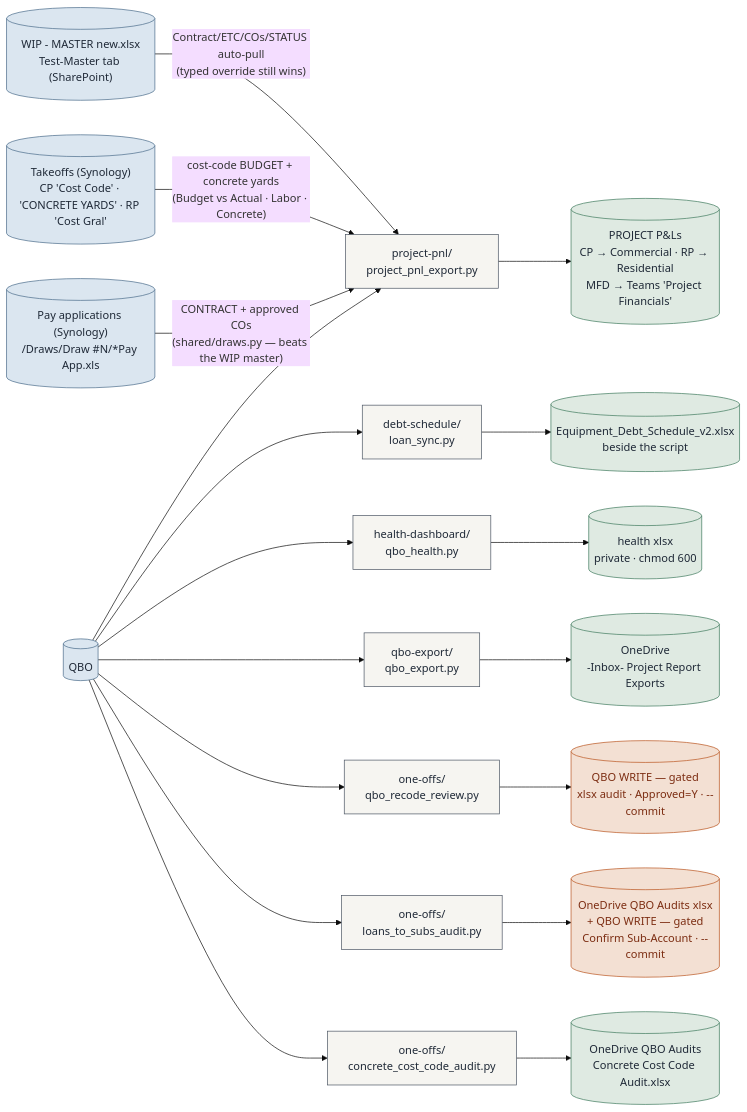
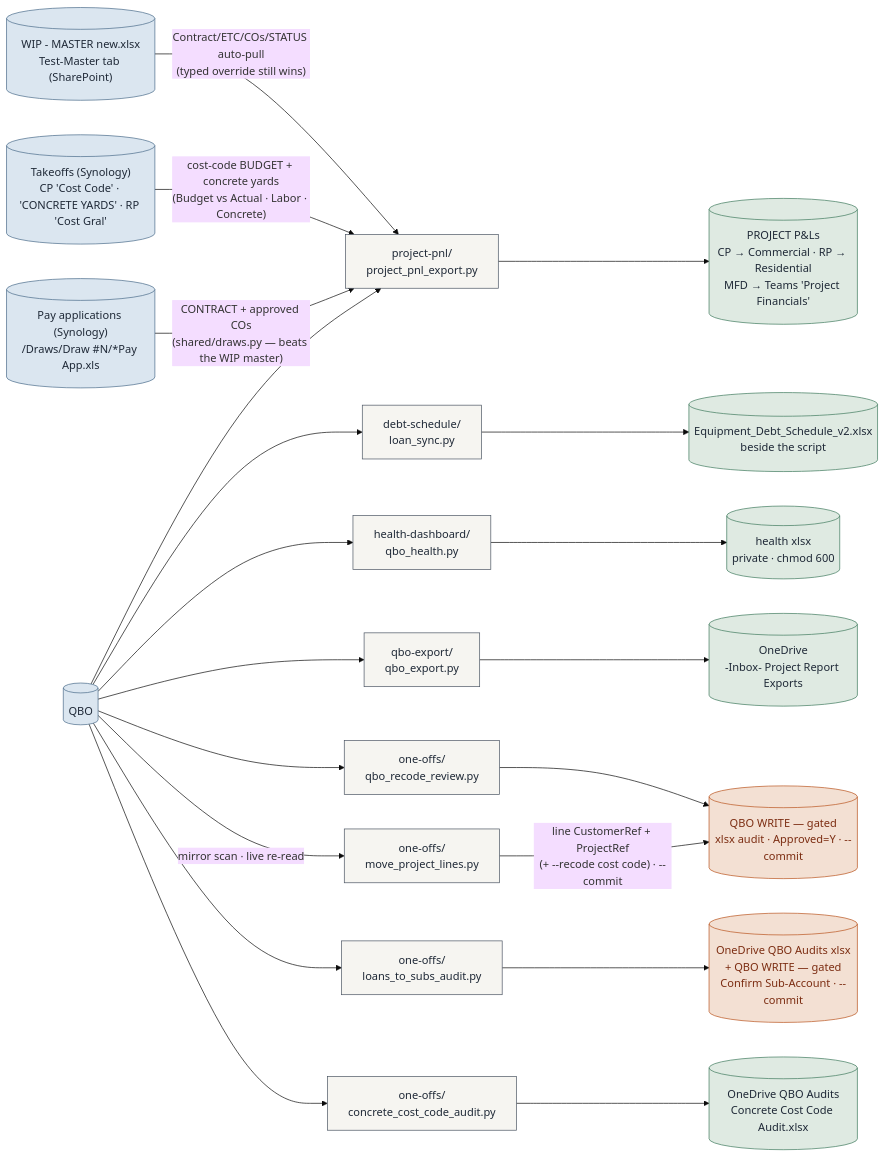
Before and after one commit to Ecarlo-Proficient/Claude-Report: the sixth of 8 diagrams in docs/ARCHITECTURE.md, drawn with Mermaid (base theme). The commit also changed other lines of this file and 2 other files, not shown here.

Commit message:
one-offs/move_project_lines.py: move every cost line from one QBO project to another at line level (customer + the line's Projects tag, optional cost-code swap); dry run default, live re-read, backup, landing + money checks. First use: RP7242-FTW slab costs -> RP7242

````diff
--- a/docs/ARCHITECTURE.md
+++ b/docs/ARCHITECTURE.md
@@ -845,38 +845,40 @@
 ```mermaid
 flowchart LR
     classDef src fill:#dbe6f0,stroke:#4A6B8A,color:#1f2937
     classDef tool fill:#f6f5f1,stroke:#4b5563,color:#1f2937
     classDef out fill:#dfeae2,stroke:#3E7A5C,color:#1f2937
     classDef gate fill:#f3e0d3,stroke:#B9541E,color:#7c2d12
 
     QBO[("QBO")]:::src
     WIPM[("WIP - MASTER new.xlsx\nTest-Master tab (SharePoint)")]:::src
     TKO[("Takeoffs (Synology)\nCP 'Cost Code' · 'CONCRETE YARDS' · RP 'Cost Gral'")]:::src
     G702[("Pay applications (Synology)\n<CP job>/Draws/Draw #N/*Pay App.xls")]:::src
     PNL["project-pnl/\nproject_pnl_export.py"]:::tool
     LOAN["debt-schedule/\nloan_sync.py"]:::tool
     HEALTH["health-dashboard/\nqbo_health.py"]:::tool
     EXP["qbo-export/\nqbo_export.py"]:::tool
     RECODE["one-offs/\nqbo_recode_review.py"]:::tool
+    MOVEP["one-offs/\nmove_project_lines.py"]:::tool
     LOANS["one-offs/\nloans_to_subs_audit.py"]:::tool
     CCAUD["one-offs/\nconcrete_cost_code_audit.py"]:::tool
 
     P1[("PROJECT P&Ls\nCP → Commercial · RP → Residential\nMFD → Teams 'Project Financials'")]:::out
     P2[("Equipment_Debt_Schedule_v2.xlsx\nbeside the script")]:::out
     P3[("health xlsx\nprivate · chmod 600")]:::out
     P4[("OneDrive\n-Inbox- Project Report Exports")]:::out
     P5[("QBO WRITE — gated\nxlsx audit · Approved=Y · --commit")]:::gate
     P7[("OneDrive QBO Audits xlsx\n+ QBO WRITE — gated\nConfirm Sub-Account · --commit")]:::gate
     P8[("OneDrive QBO Audits\nConcrete Cost Code Audit.xlsx")]:::out
 
     QBO --> PNL --> P1
     WIPM -->|"Contract/ETC/COs/STATUS auto-pull\n(typed override still wins)"| PNL
     TKO -->|"cost-code BUDGET + concrete yards\n(Budget vs Actual · Labor · Concrete)"| PNL
     G702 -->|"CONTRACT + approved COs\n(shared/draws.py — beats the WIP master)"| PNL
     QBO --> LOAN --> P2
     QBO --> HEALTH --> P3
     QBO --> EXP --> P4
     QBO --> RECODE --> P5
+    QBO -->|"mirror scan · live re-read"| MOVEP -->|"line CustomerRef + ProjectRef\n(+ --recode cost code) · --commit"| P5
     QBO --> LOANS --> P7
     QBO --> CCAUD --> P8
 ```
````
